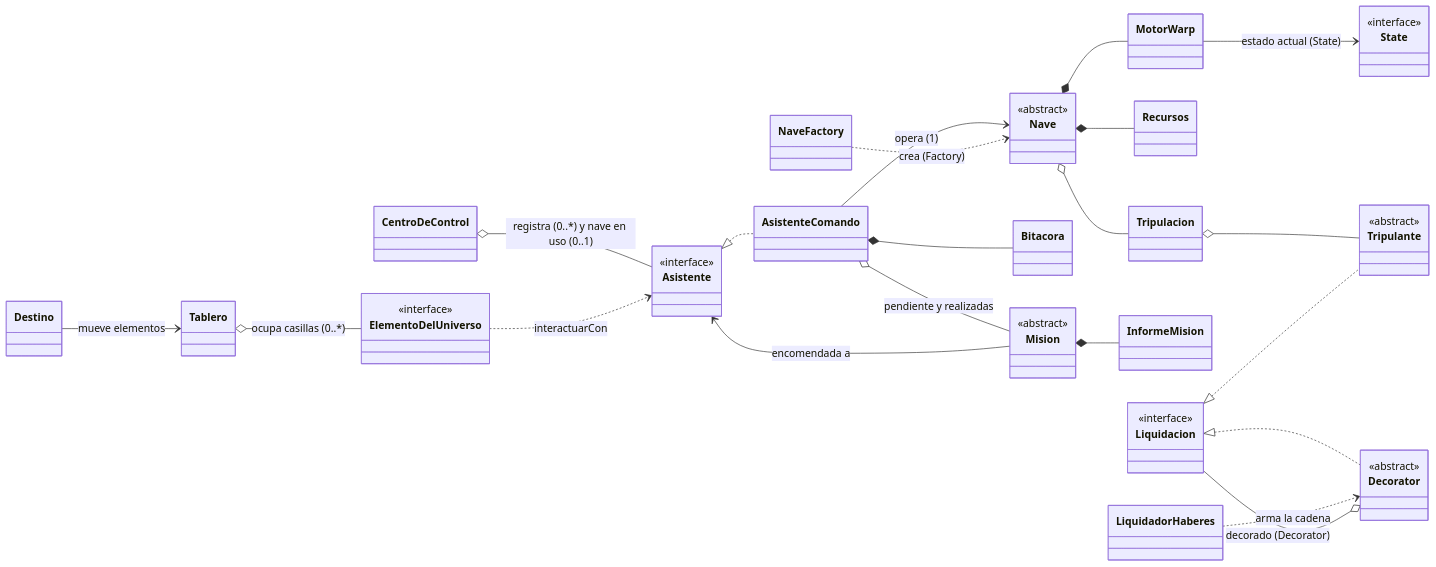
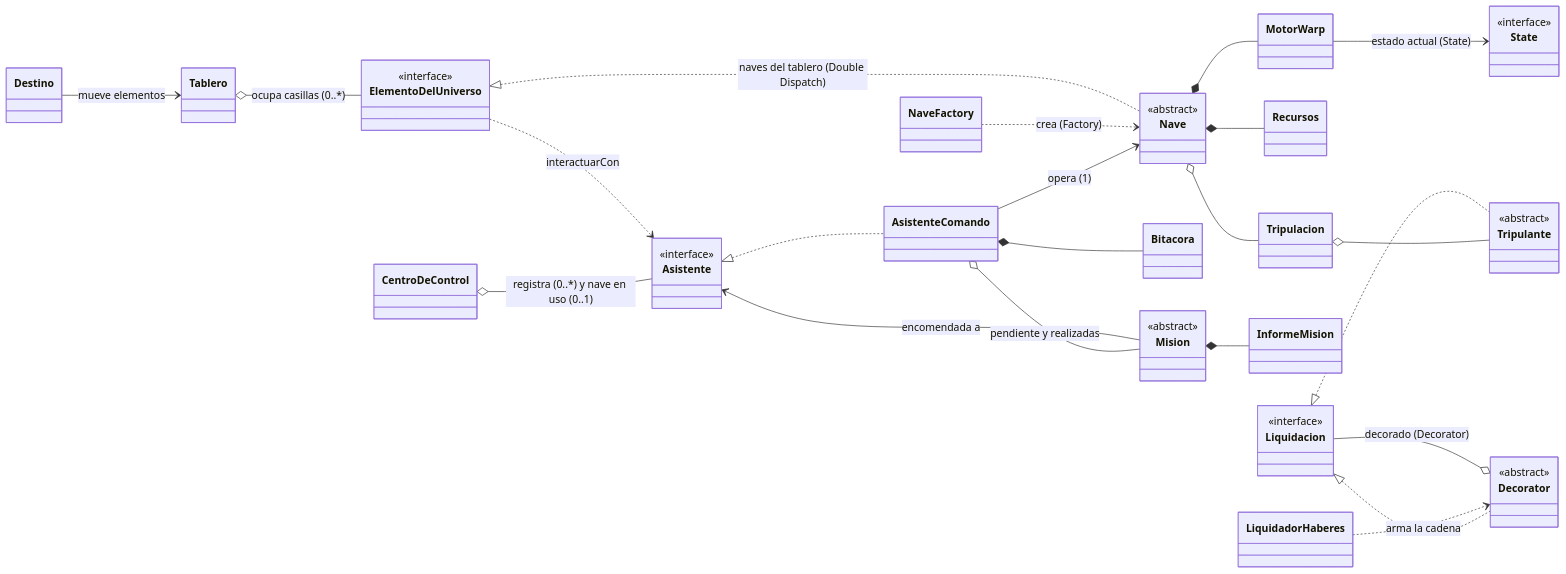
One commit to josesarregui/tpg-programacion-c-nave changed the first of 9 diagrams in docs/diagrama_clases.md. Above: the diagram before and after it, drawn with Mermaid. The commit also changed other lines of this file and 26 other files, not shown here.

Commit message:
Paso 2 E2: batallas por Double Dispatch, destrucción de la nave, gemas y suministros

````diff
--- a/docs/diagrama_clases.md
+++ b/docs/diagrama_clases.md
@@ -13,52 +13,53 @@
 ```mermaid
 classDiagram
     direction LR
     class CentroDeControl
     class Asistente
     <<interface>> Asistente
     class AsistenteComando
     class Nave
     <<abstract>> Nave
     class NaveFactory
     class MotorWarp
     class State
     <<interface>> State
     class Recursos
     class Tripulacion
     class Tripulante
     <<abstract>> Tripulante
     class Bitacora
     class Mision
     <<abstract>> Mision
     class InformeMision
     class Liquidacion
     <<interface>> Liquidacion
     class Decorator
     <<abstract>> Decorator
     class LiquidadorHaberes
     class ElementoDelUniverso
     <<interface>> ElementoDelUniverso
     class Tablero
     class Destino
 
     CentroDeControl o-- Asistente : registra (0..*) y nave en uso (0..1)
     Asistente <|.. AsistenteComando
     AsistenteComando --> Nave : opera (1)
     AsistenteComando *-- Bitacora
     AsistenteComando o-- Mision : pendiente y realizadas
     Mision --> Asistente : encomendada a
     Mision *-- InformeMision
     NaveFactory ..> Nave : crea (Factory)
     Nave *-- Recursos
     Nave *-- MotorWarp
     MotorWarp --> State : estado actual (State)
     Nave o-- Tripulacion
     Tripulacion o-- Tripulante
     Liquidacion <|.. Tripulante
     Liquidacion <|.. Decorator
     Decorator o-- Liquidacion : decorado (Decorator)
     LiquidadorHaberes ..> Decorator : arma la cadena
     Tablero o-- ElementoDelUniverso : ocupa casillas (0..*)
     Destino --> Tablero : mueve elementos
     ElementoDelUniverso ..> Asistente : interactuarCon
+    ElementoDelUniverso <|.. Nave : naves del tablero (Double Dispatch)
 ```
````
